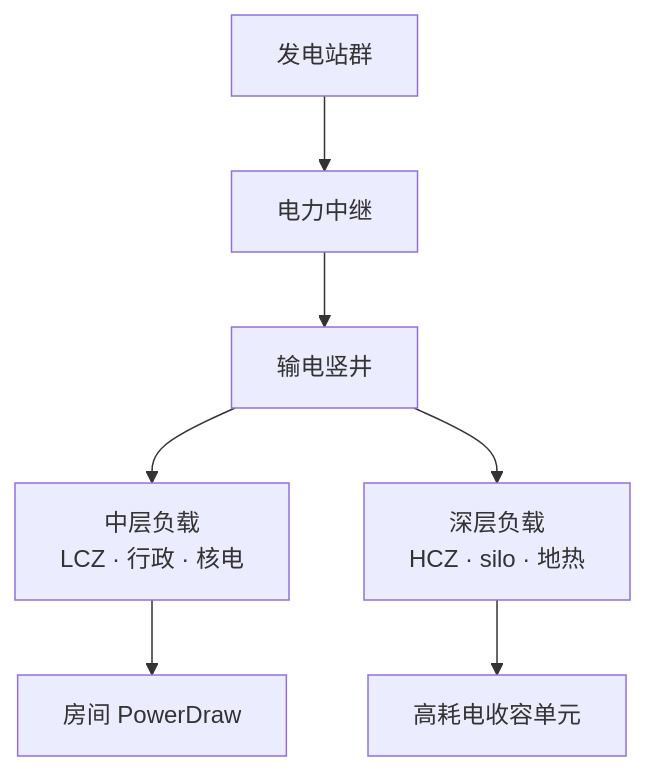
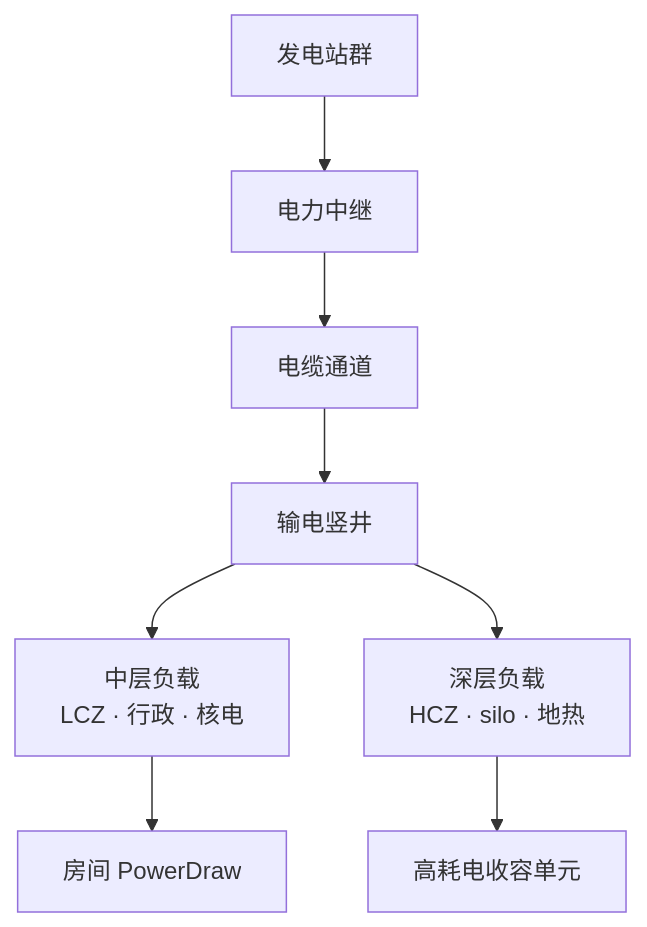
One commit to xiaoqu520/SiteDirector changed the second of 3 diagrams in 05-site/power.md. Above: the diagram before and after it, drawn with Mermaid. The commit also changed other lines of this file and 23 other files, not shown here.

````diff
--- a/05-site/power.md
+++ b/05-site/power.md
@@ -48,9 +48,10 @@
 ```mermaid
 flowchart TB
   Gen[发电站群] --> Relay[电力中继]
-  Relay --> Shaft[输电竖井]
+  Relay --> Cable[电缆通道]
+  Cable --> Shaft[输电竖井]
   Shaft --> Mid[中层负载<br/>LCZ · 行政 · 核电]
   Shaft --> Deep[深层负载<br/>HCZ · silo · 地热]
   Mid --> Rooms1[房间 PowerDraw]
   Deep --> Rooms2[高耗电收容单元]
 ```
````
